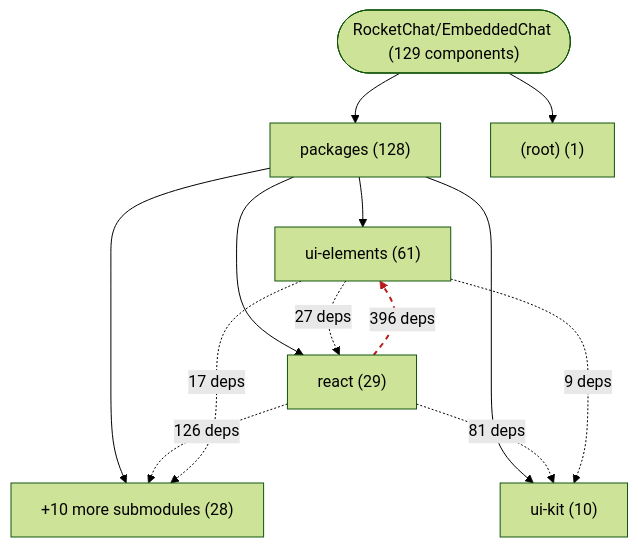
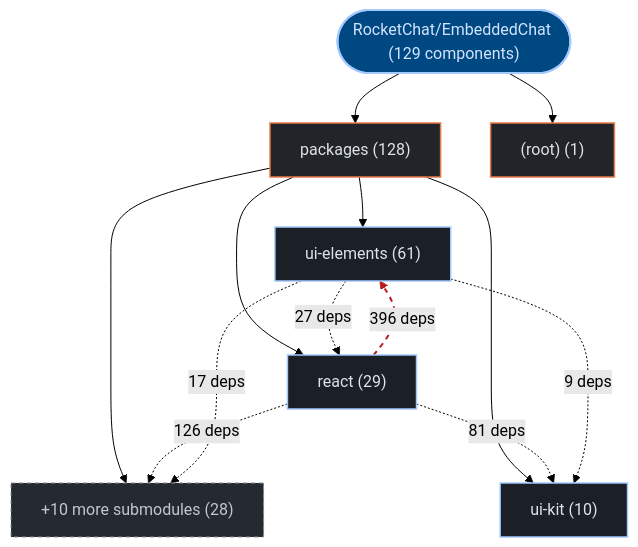
One commit to kumarshaz/atruss-code-atlas changed the first of 3 diagrams in exports/latest/reports/RocketChat-EmbeddedChat-report.md. Above: the diagram before and after it, drawn with Mermaid (forest theme). The commit also changed other lines of this file and 331 other files, not shown here.

Commit message:
docs,ui,fix: update SDLC docs, reorder CI/CD DAG first, stylize Mermaid, and fix Arc42 pipeline topology

````diff
--- a/exports/latest/reports/RocketChat-EmbeddedChat-report.md
+++ b/exports/latest/reports/RocketChat-EmbeddedChat-report.md
@@ -42,23 +42,30 @@
 ```mermaid
 graph TD;
-    repo_root(["RocketChat/EmbeddedChat (129 components)"])
-    dir_0_packages["packages (128)"]
+  classDef atlasRoot fill:#004882,stroke:#a3c9ff,stroke-width:2px,color:#d3e4ff
+  classDef atlasCategory fill:#212428,stroke:#E87A48,stroke-width:1.5px,color:#dfe3eb
+  classDef atlasWorkflow fill:#1b2026,stroke:#a3c9ff,stroke-width:1.5px,color:#dfe3eb
+  classDef atlasJob fill:#171c22,stroke:#8d9199,stroke-width:1px,color:#dfe3eb
+  classDef atlasTarget fill:#005227,stroke:#8bd99b,stroke-width:1.5px,color:#a7f6b6
+  classDef atlasAlert fill:#93000a,stroke:#ffb4ab,stroke-width:1.5px,color:#ffdad6
+  classDef atlasMore fill:#252a31,stroke:#8d9199,stroke-dasharray:4 4,color:#c3c6cf
+    repo_root(["RocketChat/EmbeddedChat (129 components)"]):::atlasRoot
+    dir_0_packages["packages (128)"]:::atlasCategory
     repo_root --> dir_0_packages
-    sub_0_0_ui_elements["ui-elements (61)"]
+    sub_0_0_ui_elements["ui-elements (61)"]:::atlasWorkflow
     dir_0_packages --> sub_0_0_ui_elements
-    sub_0_1_react["react (29)"]
+    sub_0_1_react["react (29)"]:::atlasWorkflow
     dir_0_packages --> sub_0_1_react
-    sub_0_2_ui_kit["ui-kit (10)"]
+    sub_0_2_ui_kit["ui-kit (10)"]:::atlasWorkflow
     dir_0_packages --> sub_0_2_ui_kit
-    sub_0_more["+10 more submodules (28)"]
+    sub_0_more["+10 more submodules (28)"]:::atlasMore
     dir_0_packages --> sub_0_more
-    dir_1__root_["(root) (1)"]
+    dir_1__root_["(root) (1)"]:::atlasCategory
     repo_root --> dir_1__root_
     sub_0_1_react -.->|"396 deps"| sub_0_0_ui_elements
     sub_0_1_react -.->|"126 deps"| sub_0_more
     sub_0_1_react -.->|"81 deps"| sub_0_2_ui_kit
     sub_0_0_ui_elements -.->|"27 deps"| sub_0_1_react
     sub_0_0_ui_elements -.->|"17 deps"| sub_0_more
     sub_0_0_ui_elements -.->|"9 deps"| sub_0_2_ui_kit
     linkStyle 6 stroke:#ba1a1a,stroke-width:2px,stroke-dasharray: 5 5
 ```
````
